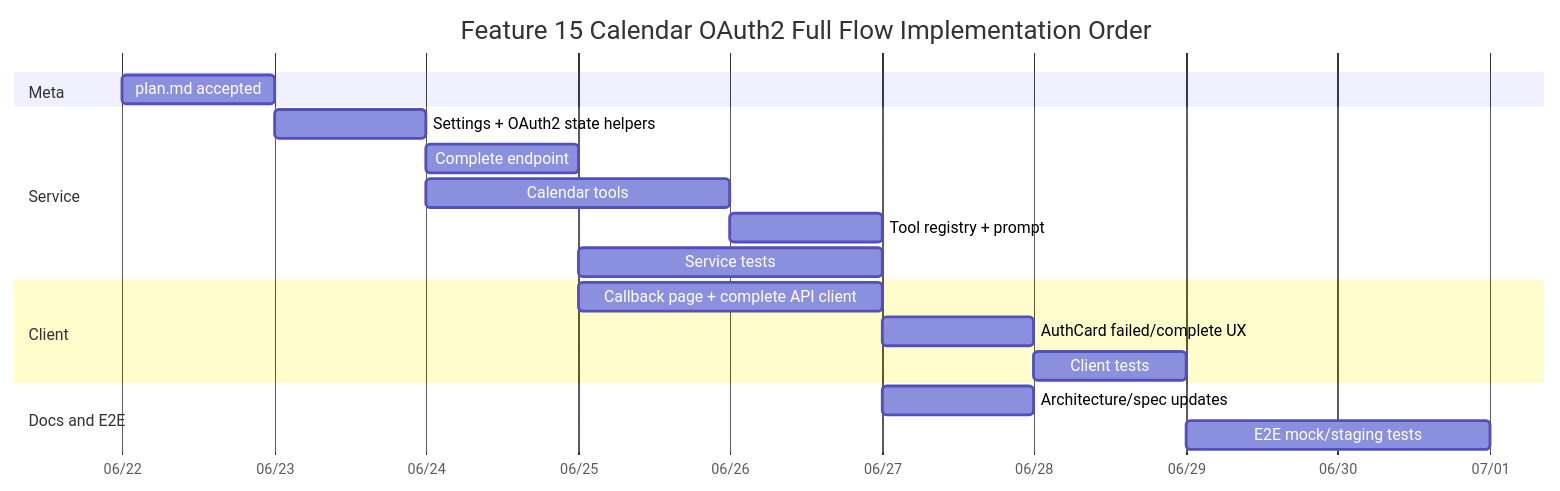
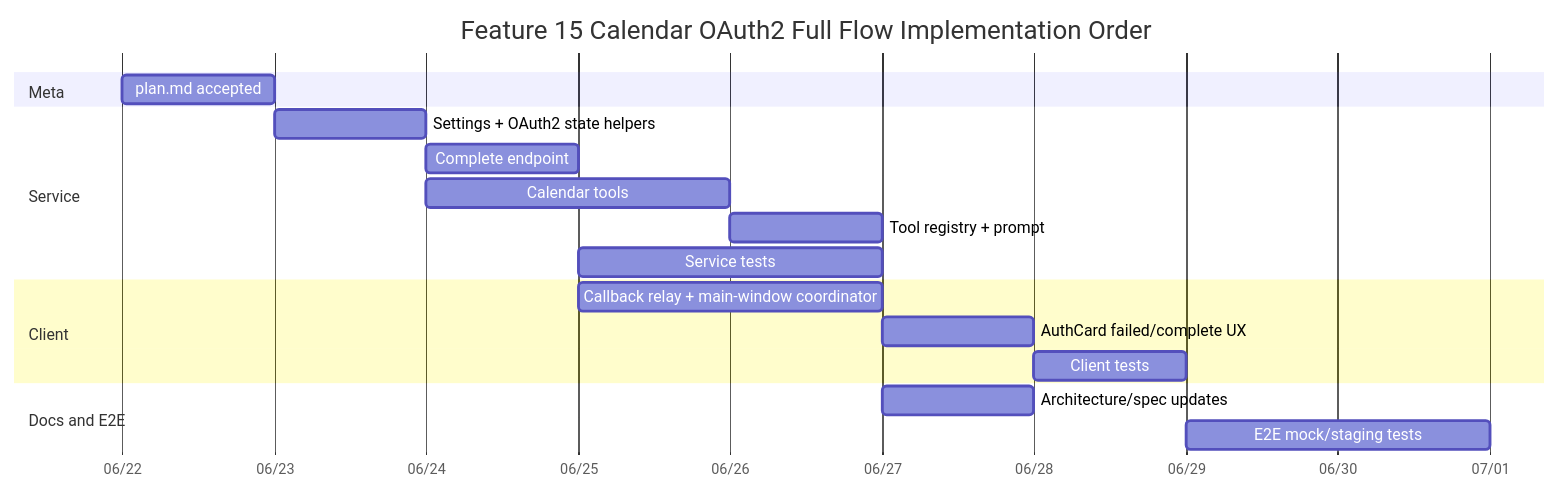
One commit to T-1009/personal-assistant changed the third of 3 diagrams in personal-assistant-meta/issues/features/feature-15-calendar-agentarts-full-oauth2/plan.md. Above: the diagram before and after it, drawn with Mermaid. The commit also changed other lines of this file and 1 other file, not shown here.

First line of the commit message:
docs: update OAuth2 callback flow design to use main-window coordinator for complete_resource_token_auth

````diff
--- a/personal-assistant-meta/issues/features/feature-15-calendar-agentarts-full-oauth2/plan.md
+++ b/personal-assistant-meta/issues/features/feature-15-calendar-agentarts-full-oauth2/plan.md
@@ -477,25 +511,25 @@
 ```mermaid
 gantt
     title Feature 15 Calendar OAuth2 Full Flow Implementation Order
     dateFormat  YYYY-MM-DD
     axisFormat  %m/%d
 
     section Meta
     plan.md accepted                         :m1, 2026-06-22, 1d
 
     section Service
     Settings + OAuth2 state helpers          :s1, after m1, 1d
     Complete endpoint                        :s2, after s1, 1d
     Calendar tools                           :s3, after s1, 2d
     Tool registry + prompt                   :s4, after s3, 1d
     Service tests                            :s5, after s2, 2d
 
     section Client
-    Callback page + complete API client      :c1, after s2, 2d
+    Callback relay + main-window coordinator :c1, after s2, 2d
     AuthCard failed/complete UX              :c2, after c1, 1d
     Client tests                             :c3, after c2, 1d
 
     section Docs and E2E
     Architecture/spec updates                :d1, after s4, 1d
     E2E mock/staging tests                   :e1, after c3, 2d
 ```
````
